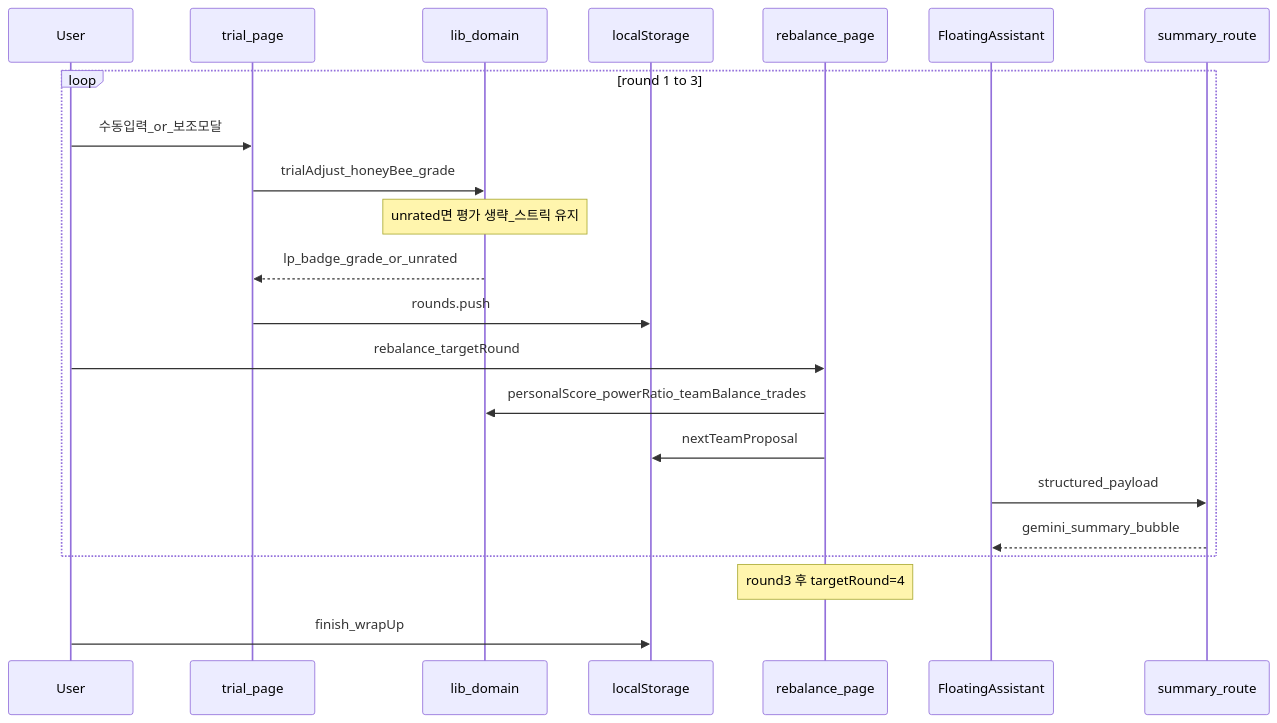
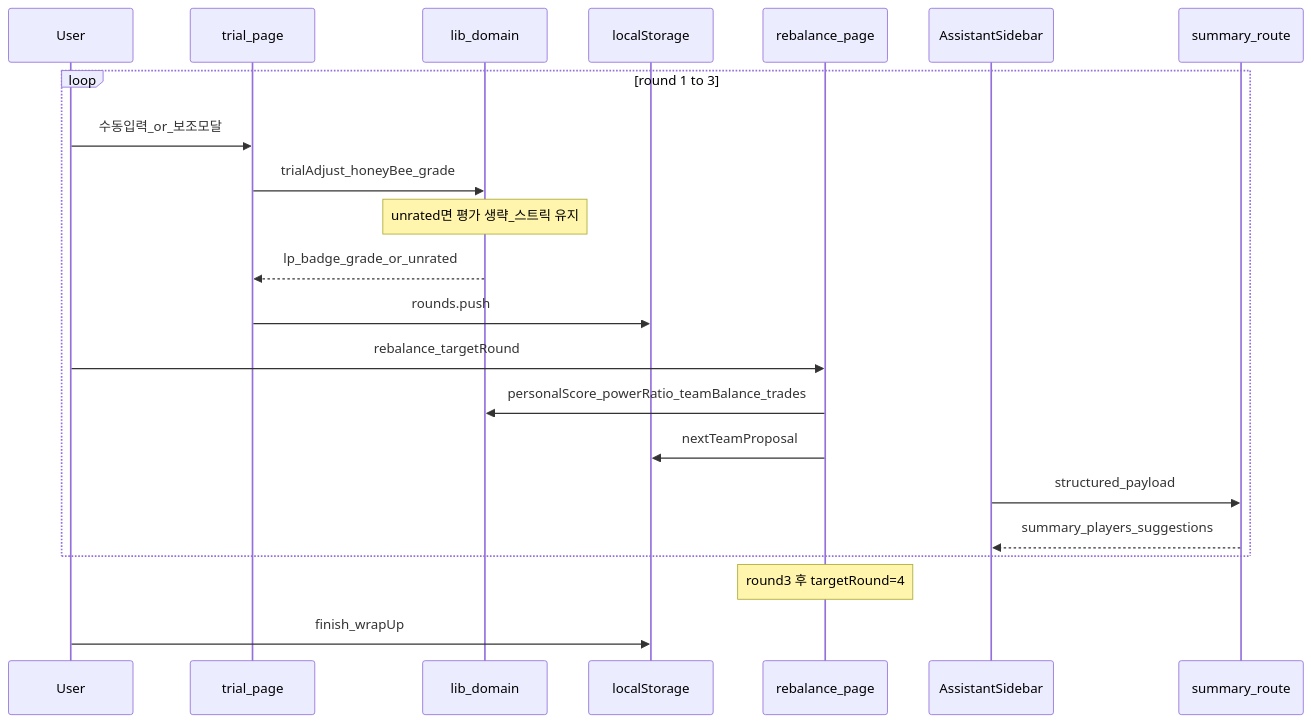
The third of 3 diagrams in documents/implementation-plan.md (yeonsu0224/lol-team-gab), drawn with Mermaid before and after one commit. The commit also changed other lines of this file and 122 other files, not shown here.

````diff
--- a/documents/implementation-plan.md
+++ b/documents/implementation-plan.md
@@ -467,25 +494,25 @@
 ```mermaid
 sequenceDiagram
   participant U as User
   participant T as trial_page
   participant Dom as lib_domain
   participant LS as localStorage
   participant R as rebalance_page
-  participant AI as FloatingAssistant
+  participant AI as AssistantSidebar
   participant S as summary_route
 
   loop round 1 to 3
     U->>T: 수동입력_or_보조모달
     T->>Dom: trialAdjust_honeyBee_grade
     Note over Dom: unrated면 평가 생략_스트릭 유지
     Dom-->>T: lp_badge_grade_or_unrated
     T->>LS: rounds.push
     U->>R: rebalance_targetRound
     R->>Dom: personalScore_powerRatio_teamBalance_trades
     R->>LS: nextTeamProposal
     AI->>S: structured_payload
-    S-->>AI: gemini_summary_bubble
+    S-->>AI: summary_players_suggestions
   end
   Note over R: round3 후 targetRound=4
   U->>LS: finish_wrapUp
 ```
````
